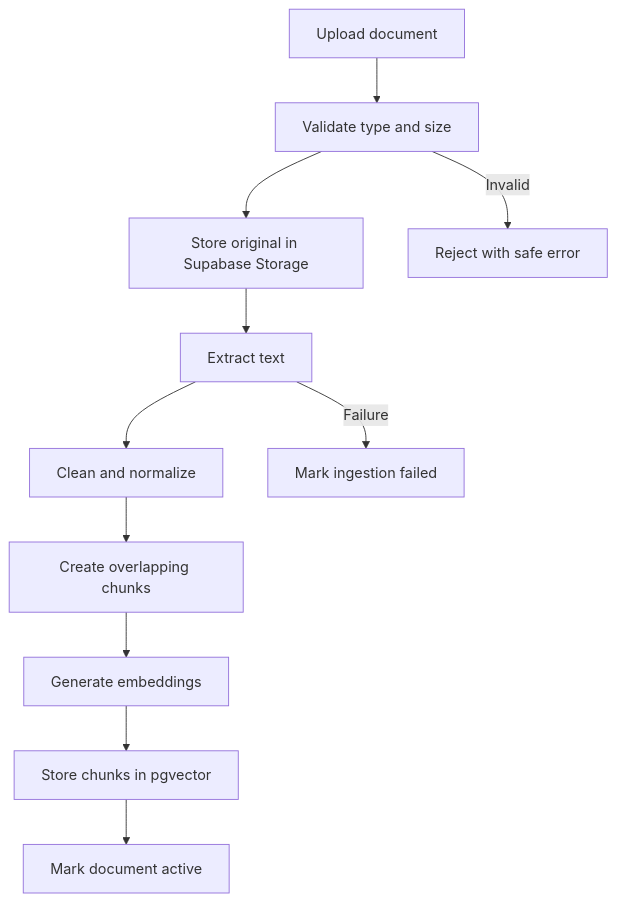
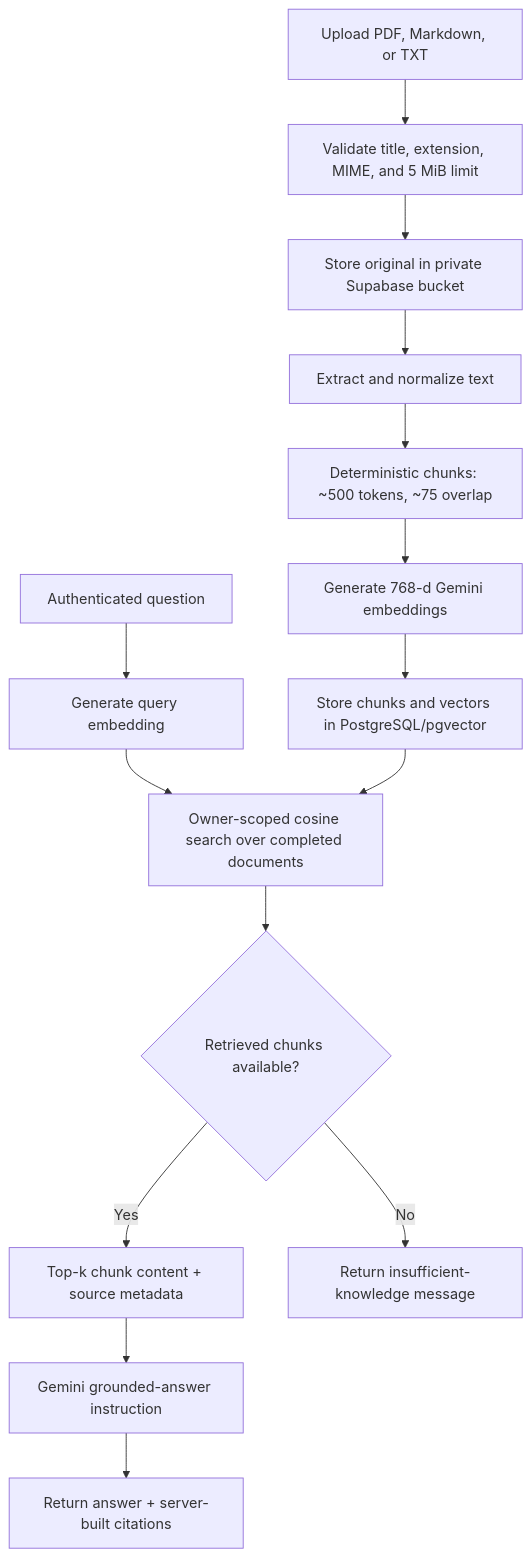
One commit to MayankBaddam/customer-support-rag-copilot changed the second of 2 diagrams in README.md. Above: the diagram before and after it, drawn with Mermaid. The commit also changed other lines of this file and 5 other files, not shown here.

````diff
--- a/README.md
+++ b/README.md
@@ -223,13 +84,17 @@
 ```mermaid
 flowchart TD
-    A["Upload document"] --> B["Validate type and size"]
-    B --> C["Store original in Supabase Storage"]
-    C --> D["Extract text"]
-    D --> E["Clean and normalize"]
-    E --> F["Create overlapping chunks"]
-    F --> G["Generate embeddings"]
-    G --> H["Store chunks in pgvector"]
-    H --> I["Mark document active"]
-    B -->|Invalid| X["Reject with safe error"]
-    D -->|Failure| Y["Mark ingestion failed"]
+    Upload["Upload PDF, Markdown, or TXT"] --> Validate["Validate title, extension, MIME, and 5 MiB limit"]
+    Validate --> PrivateStore["Store original in private Supabase bucket"]
+    PrivateStore --> Process["Extract and normalize text"]
+    Process --> Chunk["Deterministic chunks: ~500 tokens, ~75 overlap"]
+    Chunk --> Embed["Generate 768-d Gemini embeddings"]
+    Embed --> Persist["Store chunks and vectors in PostgreSQL/pgvector"]
+    Question["Authenticated question"] --> QueryVector["Generate query embedding"]
+    QueryVector --> Retrieve["Owner-scoped cosine search over completed documents"]
+    Persist --> Retrieve
+    Retrieve --> Enough{"Retrieved chunks available?"}
+    Enough -->|"Yes"| Context["Top-k chunk content + source metadata"]
+    Context --> Answer["Gemini grounded-answer instruction"]
+    Answer --> Cite["Return answer + server-built citations"]
+    Enough -->|"No"| Abstain["Return insufficient-knowledge message"]
 ```
````
